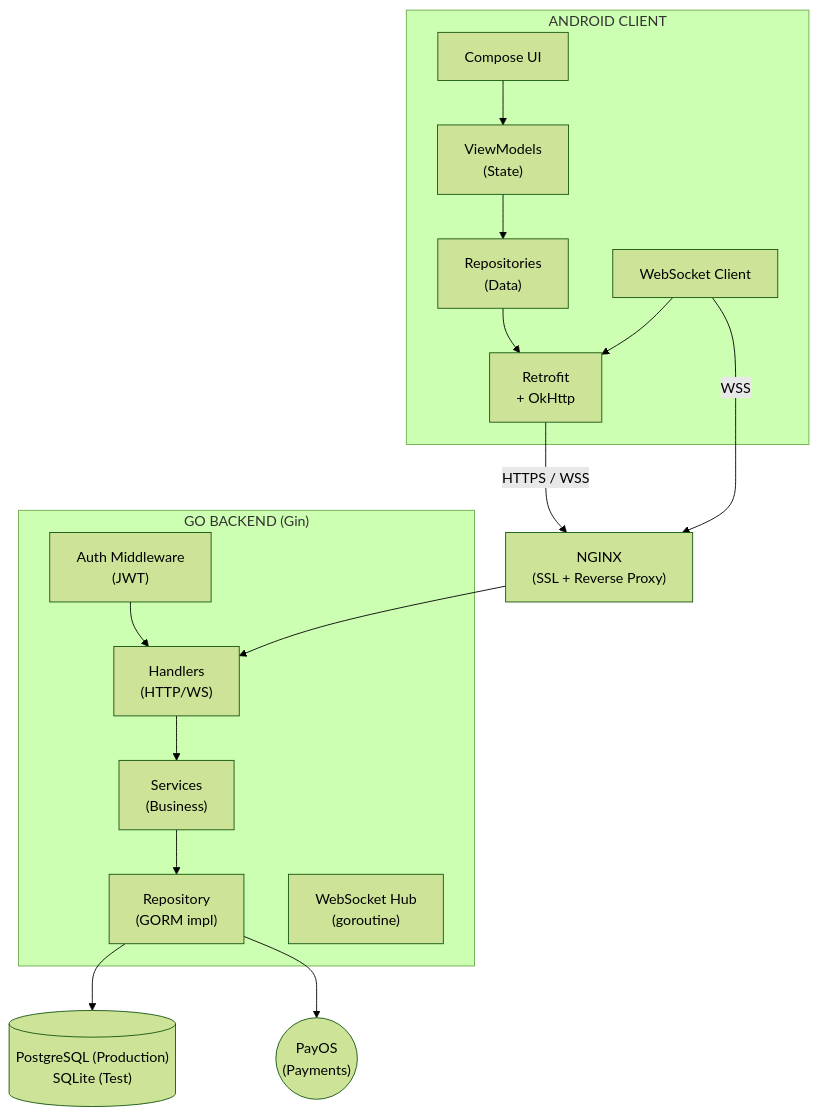
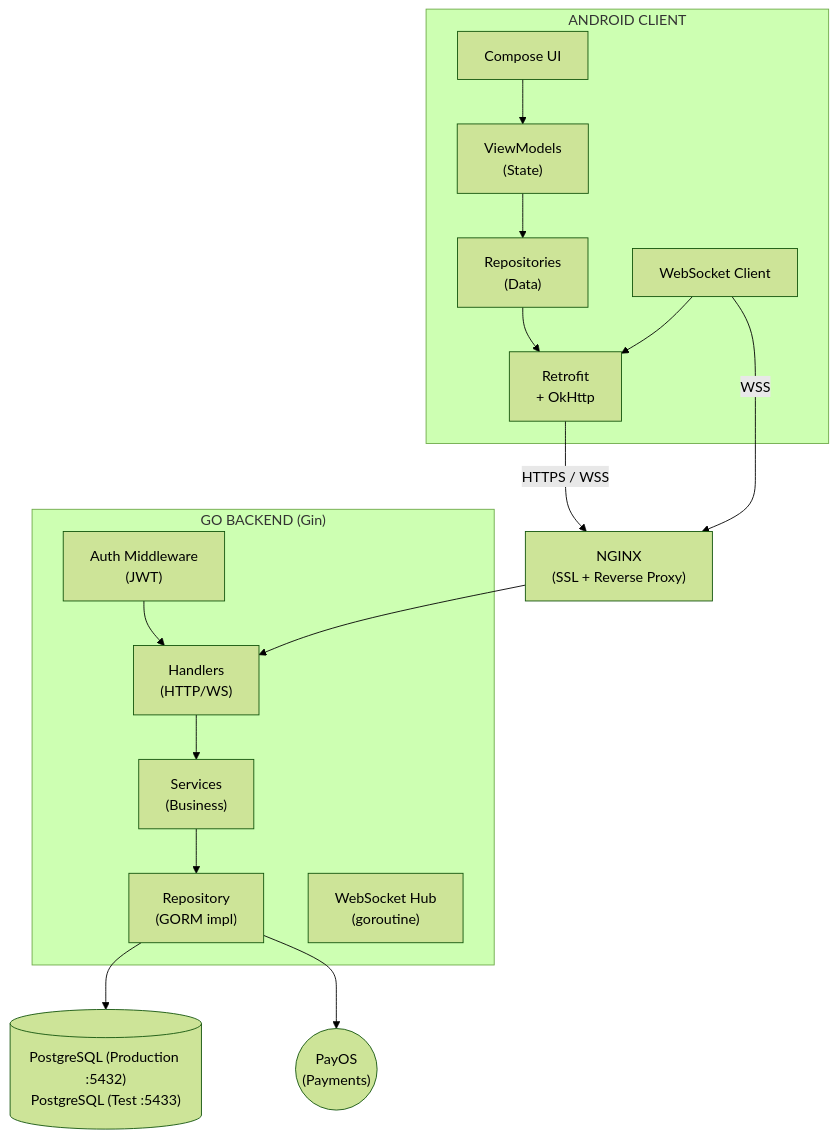
The first of 10 diagrams in docs/technical/ARCHITECTURE.md (nhannht/viecz), drawn with Mermaid (forest theme) before and after one commit. The commit also changed other lines of this file and 22 other files, not shown here.

First line of the commit message:
feat: Migrate test server to PostgreSQL, add "Your Task" badge, E2E tests (KNS-62)

````diff
--- a/docs/technical/ARCHITECTURE.md
+++ b/docs/technical/ARCHITECTURE.md
@@ -37,40 +37,40 @@
 ```mermaid
 graph TD
     subgraph ANDROID_CLIENT["ANDROID CLIENT"]
         ComposeUI["Compose UI"]
         ViewModels["ViewModels<br/>(State)"]
         Repositories["Repositories<br/>(Data)"]
         Retrofit["Retrofit<br/>+ OkHttp"]
         WebSocketClient["WebSocket Client"]
 
         ComposeUI --> ViewModels
         ViewModels --> Repositories
         Repositories --> Retrofit
         WebSocketClient --> Retrofit
     end
 
     NGINX["NGINX<br/>(SSL + Reverse Proxy)"]
 
     Retrofit -- "HTTPS / WSS" --> NGINX
     WebSocketClient -- "WSS" --> NGINX
 
     subgraph GO_BACKEND["GO BACKEND (Gin)"]
         AuthMW["Auth Middleware<br/>(JWT)"]
         Handlers["Handlers<br/>(HTTP/WS)"]
         Services["Services<br/>(Business)"]
         Repository["Repository<br/>(GORM impl)"]
         WebSocketHub["WebSocket Hub<br/>(goroutine)"]
 
         AuthMW --> Handlers
         Handlers --> Services
         Services --> Repository
     end
 
     NGINX --> Handlers
 
-    DB[("PostgreSQL (Production)<br/>SQLite (Test)")]
+    DB[("PostgreSQL (Production :5432)<br/>PostgreSQL (Test :5433)")]
     PayOS(("PayOS<br/>(Payments)"))
 
     Repository --> DB
     Repository --> PayOS
 ```
````
